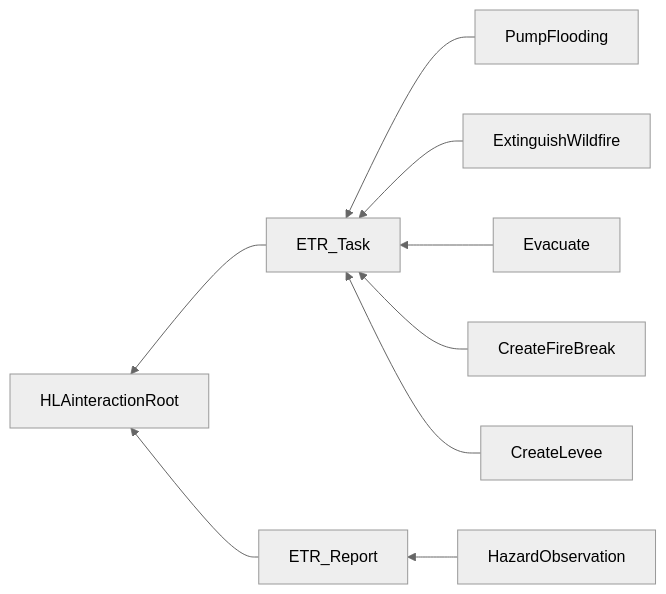
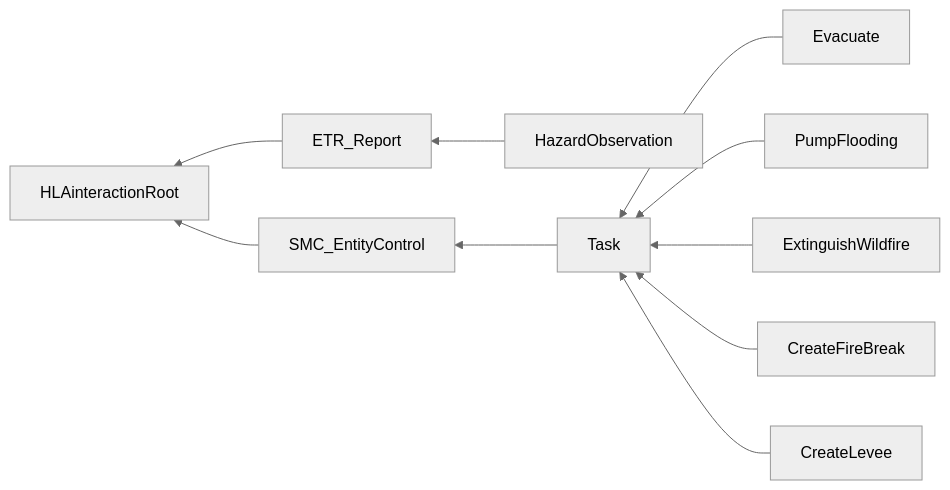
One commit to AMSP-04/NETN-DIM changed the second of 2 diagrams in NETN-DIM.md. Above: the diagram before and after it, drawn with Mermaid (neutral theme). The commit also changed other lines of this file and 4 other files, not shown here.

````diff
--- a/NETN-DIM.md
+++ b/NETN-DIM.md
@@ -93,11 +93,12 @@
 ```mermaid
 graph RL
-ETR_Task-->HLAinteractionRoot
 ETR_Report-->HLAinteractionRoot
-PumpFlooding-->ETR_Task
-ExtinguishWildfire-->ETR_Task
-Evacuate-->ETR_Task
-CreateFireBreak-->ETR_Task
-CreateLevee-->ETR_Task
+SMC_EntityControl-->HLAinteractionRoot
 HazardObservation-->ETR_Report
+Task-->SMC_EntityControl
+Evacuate-->Task
+PumpFlooding-->Task
+ExtinguishWildfire-->Task
+CreateFireBreak-->Task
+CreateLevee-->Task
 ```
````
